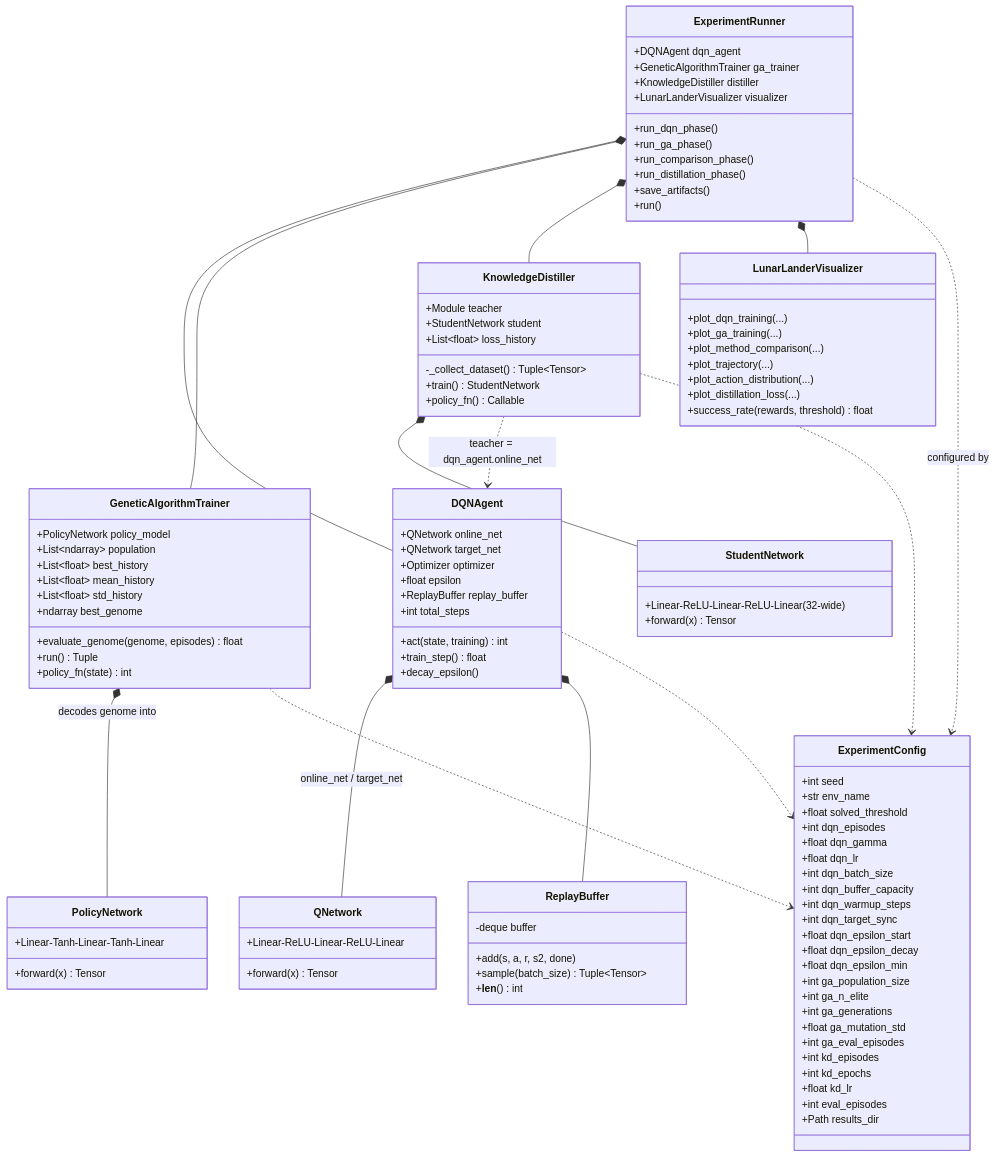
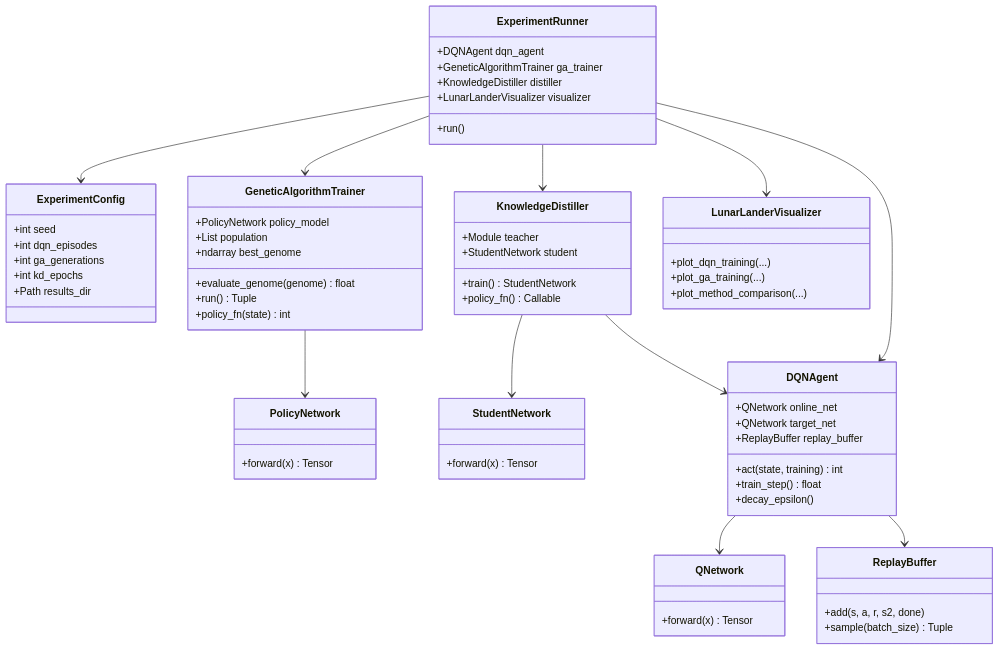
Before and after one commit to FabrizioZeb/dqn-ga-rl: the second of 7 diagrams in README.md, drawn with Mermaid. The commit also changed other lines of this file, not shown here.

First line of the commit message:
Simplify architecture diagrams for readability

````diff
--- a/README.md
+++ b/README.md
@@ -225,58 +203,34 @@
 ```mermaid
 classDiagram
+    direction TB
+
     class ExperimentConfig {
         +int seed
-        +str env_name
-        +float solved_threshold
         +int dqn_episodes
-        +float dqn_gamma
-        +float dqn_lr
-        +int dqn_batch_size
-        +int dqn_buffer_capacity
-        +int dqn_warmup_steps
-        +int dqn_target_sync
-        +float dqn_epsilon_start
-        +float dqn_epsilon_decay
-        +float dqn_epsilon_min
-        +int ga_population_size
-        +int ga_n_elite
         +int ga_generations
-        +float ga_mutation_std
-        +int ga_eval_episodes
-        +int kd_episodes
         +int kd_epochs
-        +float kd_lr
-        +int eval_episodes
         +Path results_dir
     }
 
     class QNetwork {
-        +Linear-ReLU-Linear-ReLU-Linear
         +forward(x) Tensor
     }
     class PolicyNetwork {
-        +Linear-Tanh-Linear-Tanh-Linear
         +forward(x) Tensor
     }
     class StudentNetwork {
-        +Linear-ReLU-Linear-ReLU-Linear (32-wide)
         +forward(x) Tensor
     }
 
     class ReplayBuffer {
-        -deque buffer
         +add(s, a, r, s2, done)
-        +sample(batch_size) Tuple~Tensor~
-        +__len__() int
+        +sample(batch_size) Tuple
     }
 
     class DQNAgent {
         +QNetwork online_net
         +QNetwork target_net
-        +Optimizer optimizer
-        +float epsilon
         +ReplayBuffer replay_buffer
-        +int total_steps
         +act(state, training) int
         +train_step() float
         +decay_epsilon()
@@ -284,12 +238,9 @@
 
     class GeneticAlgorithmTrainer {
         +PolicyNetwork policy_model
-        +List~ndarray~ population
-        +List~float~ best_history
-        +List~float~ mean_history
-        +List~float~ std_history
+        +List population
         +ndarray best_genome
-        +evaluate_genome(genome, episodes) float
+        +evaluate_genome(genome) float
         +run() Tuple
         +policy_fn(state) int
     }
@@ -297,8 +248,6 @@
     class KnowledgeDistiller {
         +Module teacher
         +StudentNetwork student
-        +List~float~ loss_history
-        -_collect_dataset() Tuple~Tensor~
         +train() StudentNetwork
         +policy_fn() Callable
     }
@@ -308,11 +257,6 @@
         +GeneticAlgorithmTrainer ga_trainer
         +KnowledgeDistiller distiller
         +LunarLanderVisualizer visualizer
-        +run_dqn_phase()
-        +run_ga_phase()
-        +run_comparison_phase()
-        +run_distillation_phase()
-        +save_artifacts()
         +run()
     }
 
@@ -320,24 +264,17 @@
         +plot_dqn_training(...)
         +plot_ga_training(...)
         +plot_method_comparison(...)
-        +plot_trajectory(...)
-        +plot_action_distribution(...)
-        +plot_distillation_loss(...)
-        +success_rate(rewards, threshold) float
     }
 
-    DQNAgent *-- QNetwork : online_net / target_net
-    DQNAgent *-- ReplayBuffer
-    GeneticAlgorithmTrainer *-- PolicyNetwork : decodes genome into
-    KnowledgeDistiller *-- StudentNetwork
-    KnowledgeDistiller ..> DQNAgent : teacher = dqn_agent.online_net
+    ExperimentRunner --> ExperimentConfig
+    ExperimentRunner --> DQNAgent
+    ExperimentRunner --> GeneticAlgorithmTrainer
+    ExperimentRunner --> KnowledgeDistiller
+    ExperimentRunner --> LunarLanderVisualizer
 
-    ExperimentRunner *-- DQNAgent
-    ExperimentRunner *-- GeneticAlgorithmTrainer
-    ExperimentRunner *-- KnowledgeDistiller
-    ExperimentRunner *-- LunarLanderVisualizer
-    ExperimentRunner ..> ExperimentConfig : configured by
-    DQNAgent ..> ExperimentConfig
-    GeneticAlgorithmTrainer ..> ExperimentConfig
-    KnowledgeDistiller ..> ExperimentConfig
+    DQNAgent --> QNetwork
+    DQNAgent --> ReplayBuffer
+    GeneticAlgorithmTrainer --> PolicyNetwork
+    KnowledgeDistiller --> StudentNetwork
+    KnowledgeDistiller --> DQNAgent
 ```
````
